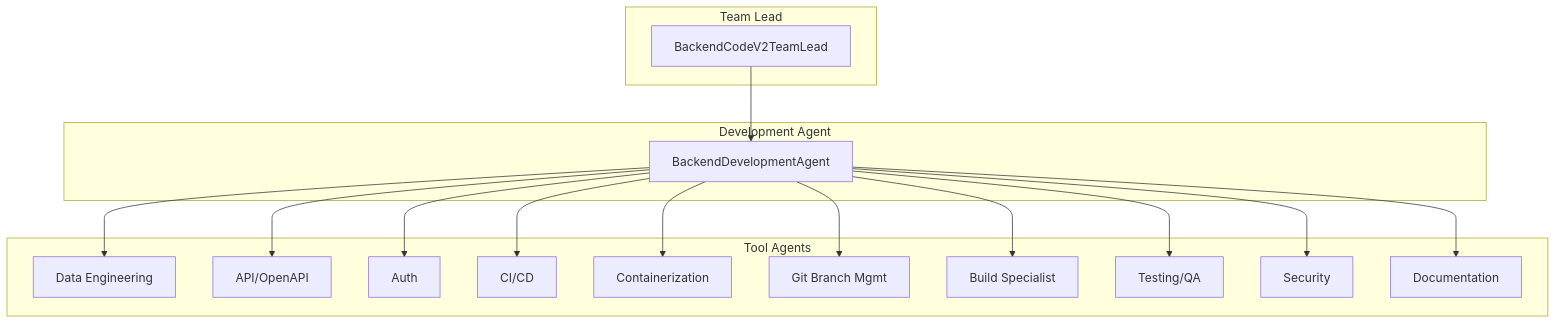
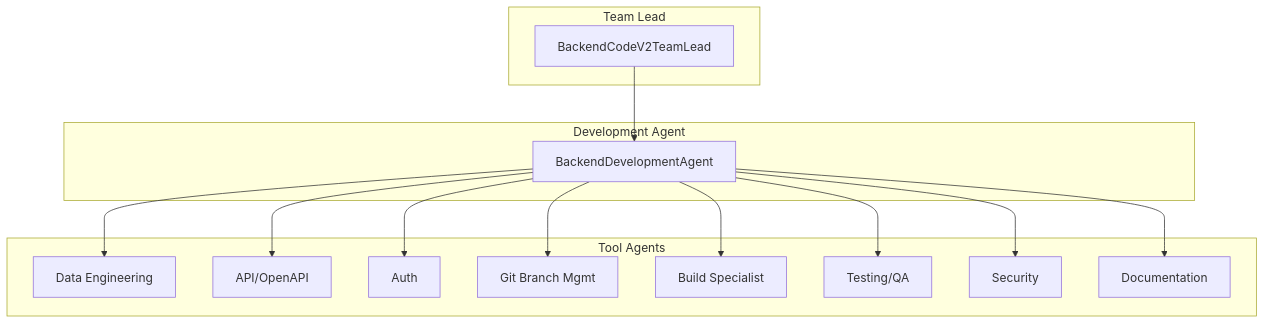
Before and after one commit to brandonkindred/Khala-Agentic-AI-Teams: the first of 2 diagrams in backend/agents/software_engineering_team/backend_code_v2_team/README.md, drawn with Mermaid. The commit also changed other lines of this file and 6 other files, not shown here.

````diff
--- a/backend/agents/software_engineering_team/backend_code_v2_team/README.md
+++ b/backend/agents/software_engineering_team/backend_code_v2_team/README.md
@@ -7,26 +7,24 @@
 ```mermaid
 graph TB
     subgraph TL [Team Lead]
         BTL[BackendCodeV2TeamLead]
     end
     
     subgraph DA [Development Agent]
         BDA[BackendDevelopmentAgent]
     end
     
     subgraph TA [Tool Agents]
         DE[Data Engineering]
         API[API/OpenAPI]
         AUTH[Auth]
-        CICD[CI/CD]
-        CONT[Containerization]
         GIT[Git Branch Mgmt]
         BUILD[Build Specialist]
         TEST[Testing/QA]
         SEC[Security]
         DOC[Documentation]
     end
     
     BTL --> BDA
-    BDA --> DE & API & AUTH & CICD & CONT & GIT & BUILD & TEST & SEC & DOC
+    BDA --> DE & API & AUTH & GIT & BUILD & TEST & SEC & DOC
 ```
````
